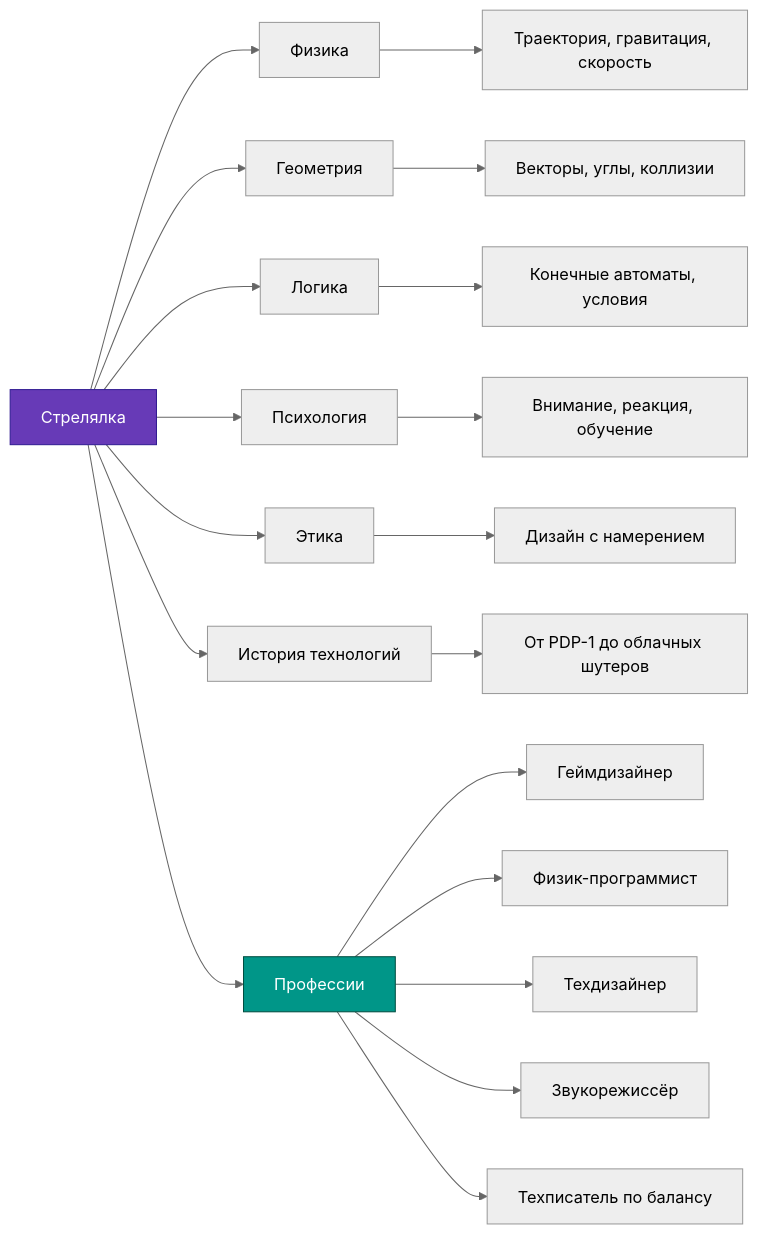
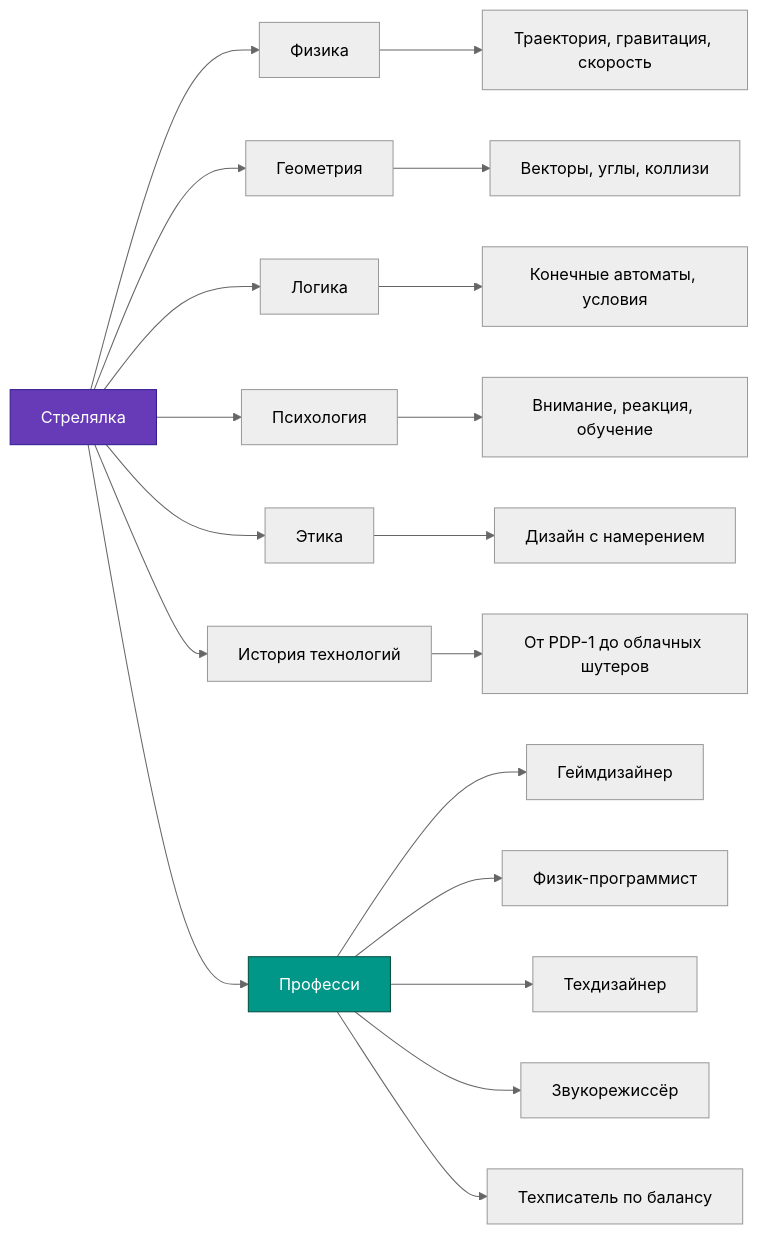
Before and after one commit to Spirzen/it-knowledge-base: the second of 2 diagrams in docs/encyclopedia/9-spinoff/9-11-dlya-detey/2-video-games/21.md, drawn with Mermaid (neutral theme). The commit also changed other lines of this file and 1180 other files, not shown here.

````diff
--- a/docs/encyclopedia/9-spinoff/9-11-dlya-detey/2-video-games/21.md
+++ b/docs/encyclopedia/9-spinoff/9-11-dlya-detey/2-video-games/21.md
@@ -439,26 +439,26 @@
 ```mermaid
 graph LR
     A[Стрелялка] --> B[Физика]
     A --> C[Геометрия]
     A --> D[Логика]
     A --> E[Психология]
     A --> F[Этика]
     A --> G[История технологий]
 
     B --> B1[Траектория, гравитация, скорость]
-    C --> C1[Векторы, углы, коллизии]
+    C --> C1[Векторы, углы, коллизи]
     D --> D1[Конечные автоматы, условия]
     E --> E1[Внимание, реакция, обучение]
     F --> F1[Дизайн с намерением]
     G --> G1[От PDP-1 до облачных шутеров]
 
-    A --> H[Профессии]
+    A --> H[Професси]
     H --> H1[Геймдизайнер]
     H --> H2[Физик-программист]
     H --> H3[Техдизайнер]
     H --> H4[Звукорежиссёр]
     H --> H5[Техписатель по балансу]
 
     style A fill:#673AB7,stroke:#311B92,color:white
     style H fill:#009688,stroke:#004D40,color:white
 ```
````
